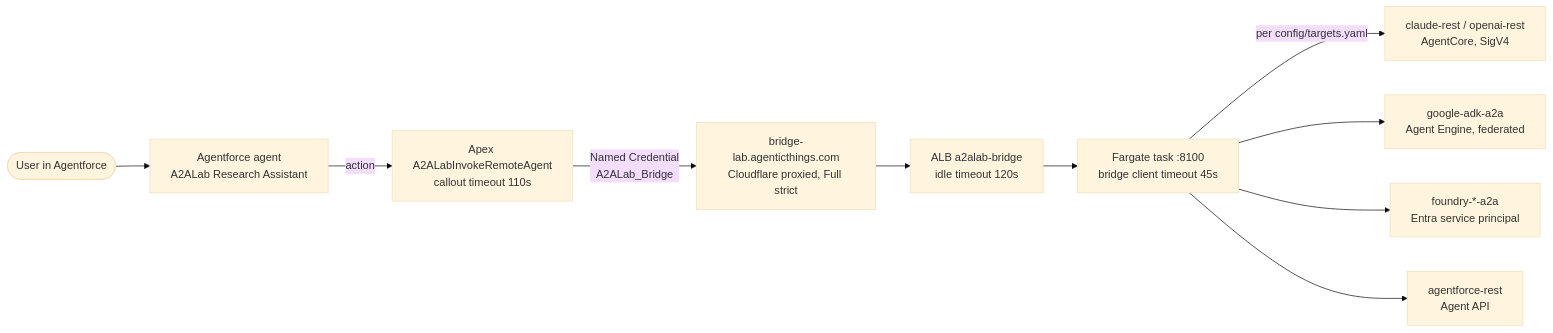
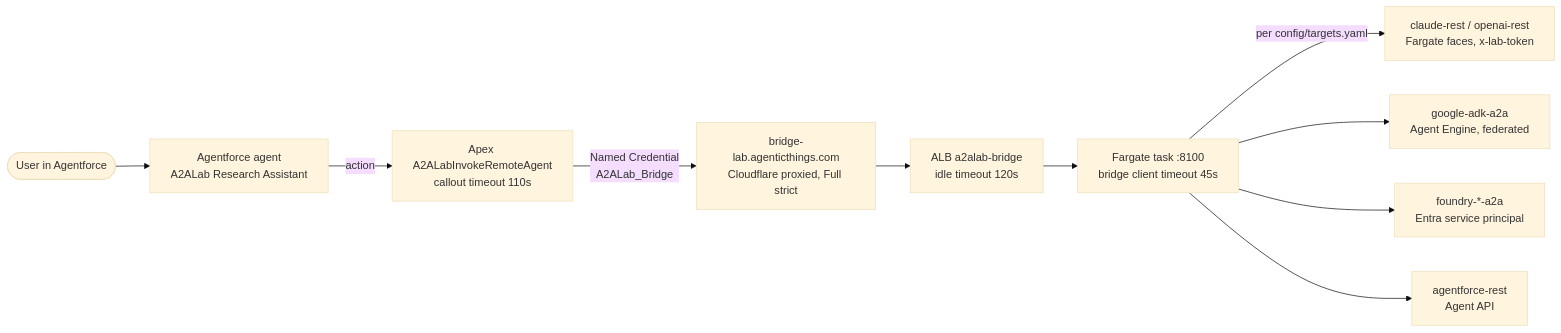
One commit to congmingwudi/a2a-lab changed the fourth of 11 diagrams in plan/09-deployment-map.md. Above: the diagram before and after it, drawn with Mermaid (base theme). The commit also changed other lines of this file and 48 other files, not shown here.

````diff
--- a/plan/09-deployment-map.md
+++ b/plan/09-deployment-map.md
@@ -288,12 +294,12 @@
 ```mermaid
 flowchart LR
   USER(["User in Agentforce"]) --> AFA["Agentforce agent<br/>A2ALab Research Assistant"]
   AFA -->|"action"| APEX["Apex A2ALabInvokeRemoteAgent<br/>callout timeout 110s"]
   APEX -->|"Named Credential<br/>A2ALab_Bridge"| DNS["bridge-lab.agenticthings.com<br/>Cloudflare proxied, Full strict"]
   DNS --> ALBX["ALB a2alab-bridge<br/>idle timeout 120s"]
   ALBX --> BRX["Fargate task :8100<br/>bridge client timeout 45s"]
-  BRX -->|"per config/targets.yaml"| T1["claude-rest / openai-rest<br/>AgentCore, SigV4"]
+  BRX -->|"per config/targets.yaml"| T1["claude-rest / openai-rest<br/>Fargate faces, x-lab-token"]
   BRX --> T2["google-adk-a2a<br/>Agent Engine, federated"]
   BRX --> T3["foundry-*-a2a<br/>Entra service principal"]
   BRX --> T4["agentforce-rest<br/>Agent API"]
 ```
````
